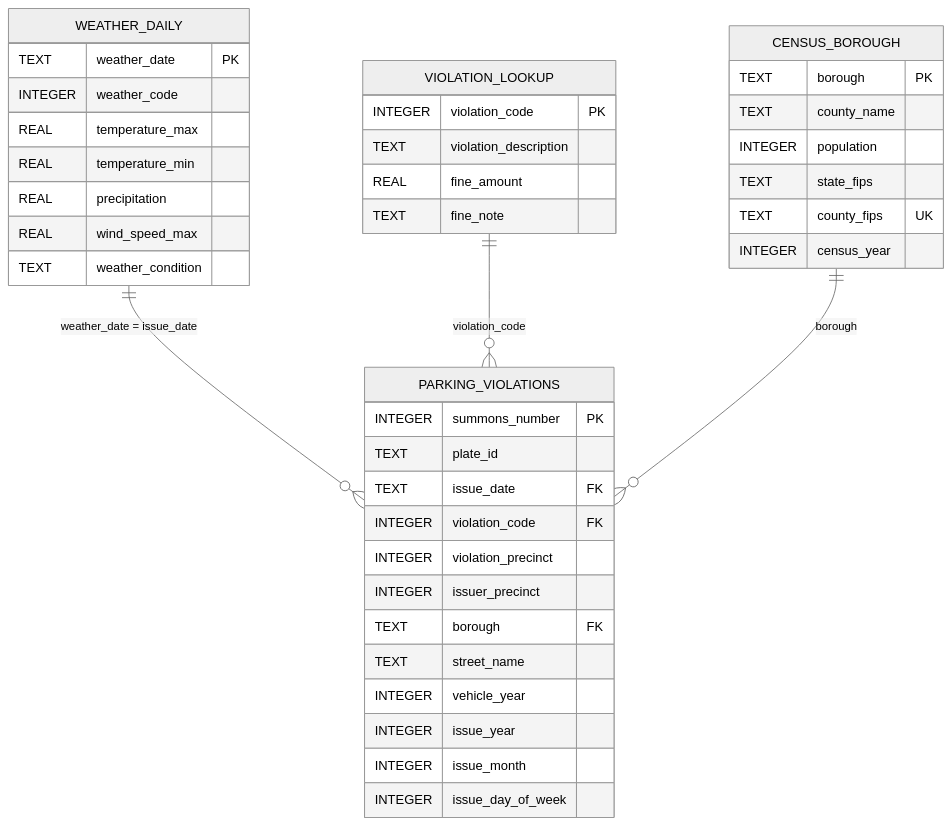
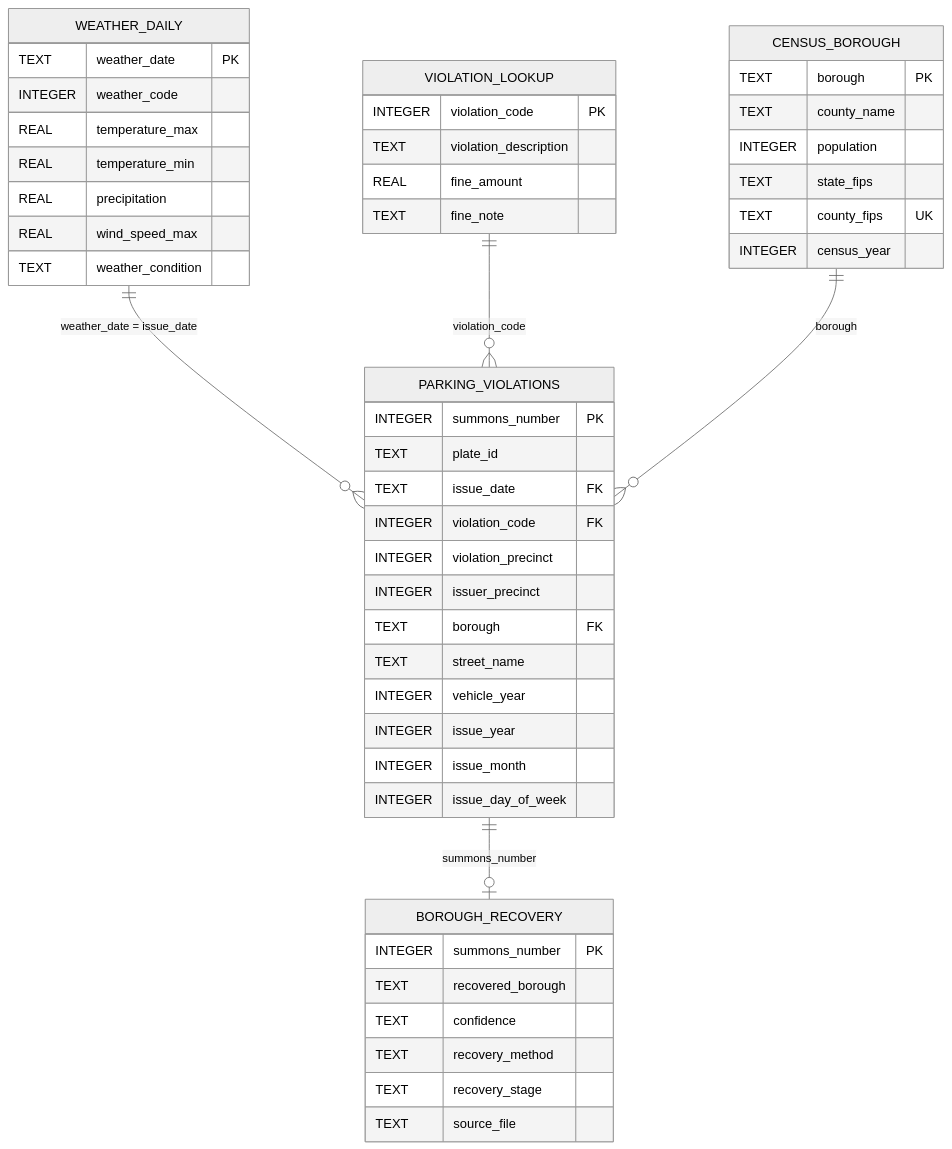
One commit to JaysonC41/parkinganalytics changed the diagram in reports/ERD.md. Above: the diagram before and after it, drawn with Mermaid (neutral theme). The commit also changed other lines of this file and 9 other files, not shown here.

````diff
--- a/reports/ERD.md
+++ b/reports/ERD.md
@@ -7,47 +8,57 @@
 ```mermaid
 erDiagram
     WEATHER_DAILY ||--o{ PARKING_VIOLATIONS : "weather_date = issue_date"
     VIOLATION_LOOKUP ||--o{ PARKING_VIOLATIONS : "violation_code"
     CENSUS_BOROUGH ||--o{ PARKING_VIOLATIONS : "borough"
+    PARKING_VIOLATIONS ||--o| BOROUGH_RECOVERY : "summons_number"
 
     WEATHER_DAILY {
         TEXT weather_date PK
         INTEGER weather_code
         REAL temperature_max
         REAL temperature_min
         REAL precipitation
         REAL wind_speed_max
         TEXT weather_condition
     }
 
     VIOLATION_LOOKUP {
         INTEGER violation_code PK
         TEXT violation_description
         REAL fine_amount
         TEXT fine_note
     }
 
     CENSUS_BOROUGH {
         TEXT borough PK
         TEXT county_name
         INTEGER population
         TEXT state_fips
         TEXT county_fips UK
         INTEGER census_year
     }
 
     PARKING_VIOLATIONS {
         INTEGER summons_number PK
         TEXT plate_id
         TEXT issue_date FK
         INTEGER violation_code FK
         INTEGER violation_precinct
         INTEGER issuer_precinct
         TEXT borough FK
         TEXT street_name
         INTEGER vehicle_year
         INTEGER issue_year
         INTEGER issue_month
         INTEGER issue_day_of_week
     }
+
+    BOROUGH_RECOVERY {
+        INTEGER summons_number PK
+        TEXT recovered_borough
+        TEXT confidence
+        TEXT recovery_method
+        TEXT recovery_stage
+        TEXT source_file
+    }
 ```
````
